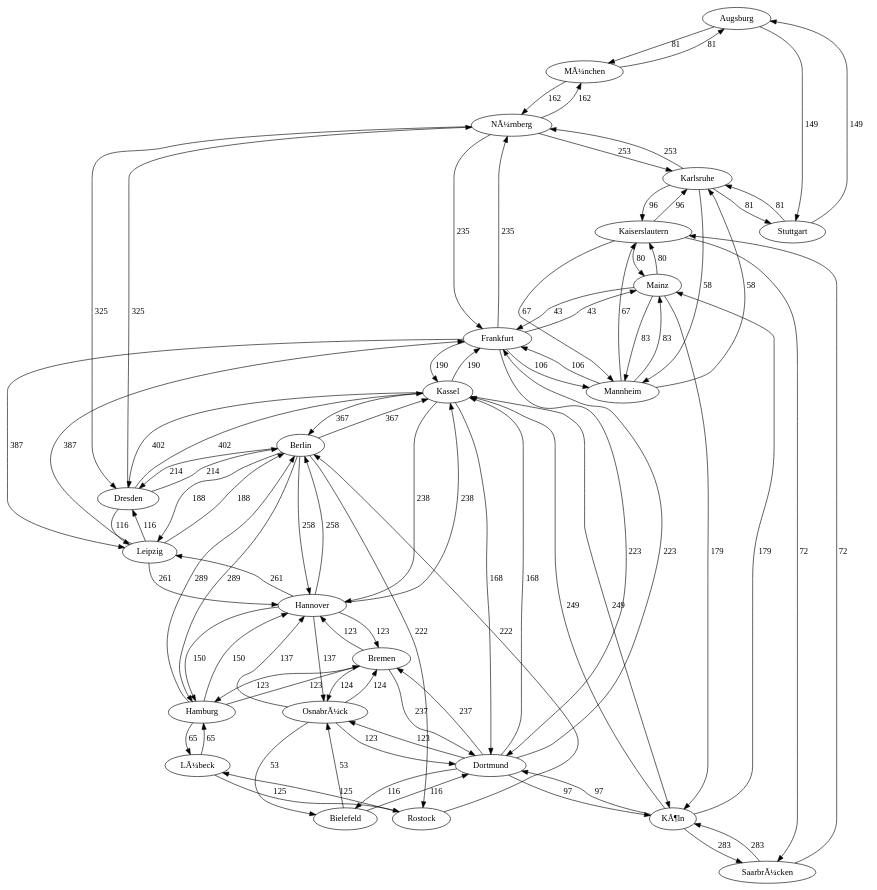
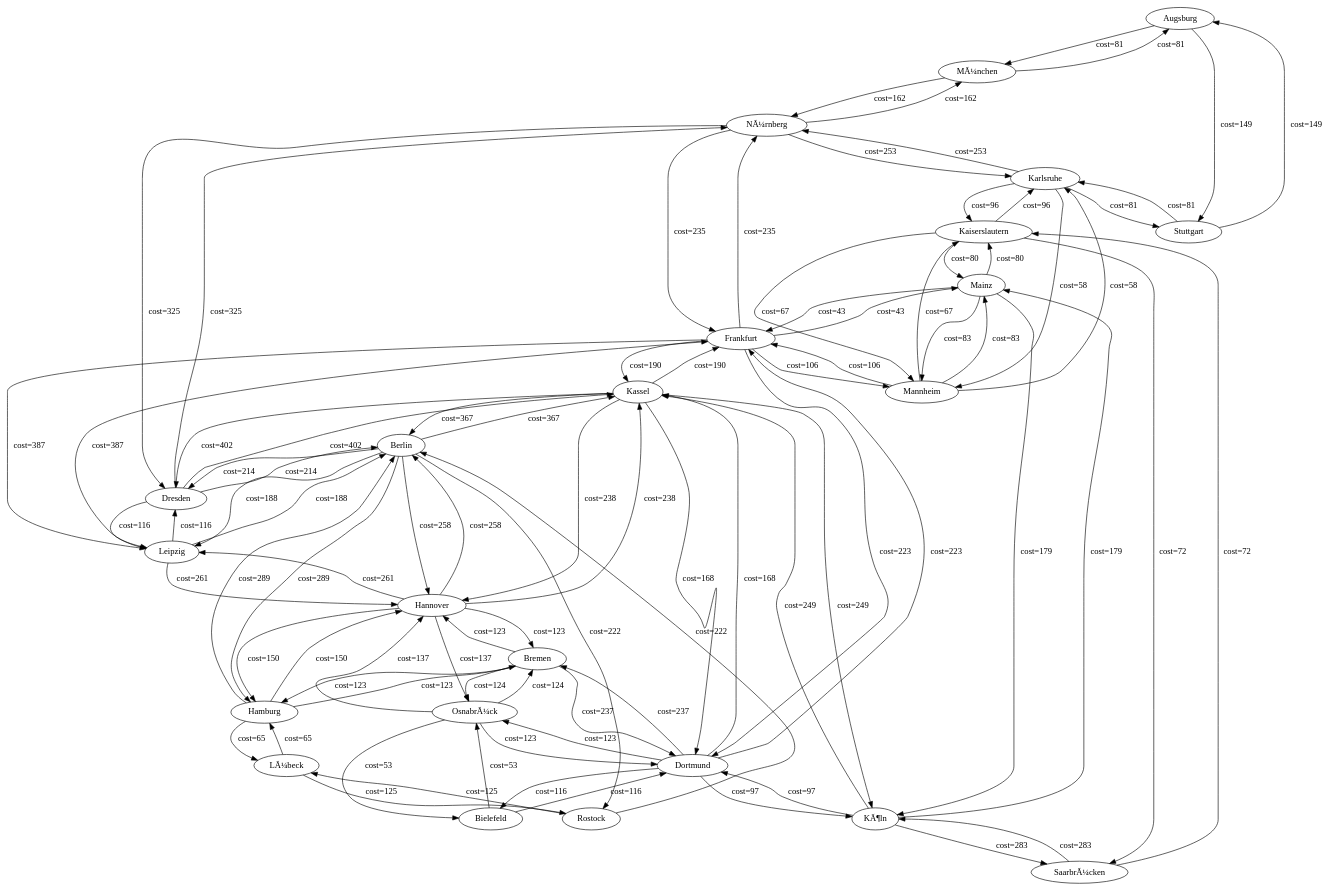
Before and after one commit to MaxPower9001/B-AI3GKAP: the diagram in io/graph_02.dot, drawn with Graphviz. The commit also changed 20 other files, not shown here.

```diff
--- a/io/graph_02.dot
+++ b/io/graph_02.dot
@@ -1,114 +1,114 @@
 digraph graph_02
 {
 Augsburg
 MÃ¼nchen
 Stuttgart
 Berlin
 Dresden
 Hamburg
 Hannover
 Kassel
 Leipzig
 Rostock
 Bielefeld
 Dortmund
 OsnabrÃ¼ck
 Bremen
 Frankfurt
 KÃ¶ln
 NÃ¼rnberg
 Mainz
 Mannheim
 LÃ¼beck
 Kaiserslautern
 Karlsruhe
 SaarbrÃ¼cken
-Augsburg -> MÃ¼nchen [label="81  "]
-Augsburg -> Stuttgart [label="149  "]
-MÃ¼nchen -> Augsburg [label="81  "]
-MÃ¼nchen -> NÃ¼rnberg [label="162  "]
-Stuttgart -> Augsburg [label="149  "]
-Stuttgart -> Karlsruhe [label="81  "]
-Berlin -> Dresden [label="214  "]
-Berlin -> Hamburg [label="289  "]
-Berlin -> Hannover [label="258  "]
-Berlin -> Kassel [label="367  "]
-Berlin -> Leipzig [label="188  "]
-Berlin -> Rostock [label="222  "]
-Dresden -> Berlin [label="214  "]
-Dresden -> Kassel [label="402  "]
-Dresden -> Leipzig [label="116  "]
-Dresden -> NÃ¼rnberg [label="325  "]
-Hamburg -> Berlin [label="289  "]
-Hamburg -> Hannover [label="150  "]
-Hamburg -> Bremen [label="123  "]
-Hamburg -> LÃ¼beck [label="65  "]
-Hannover -> Berlin [label="258  "]
-Hannover -> Hamburg [label="150  "]
-Hannover -> Kassel [label="238  "]
-Hannover -> Leipzig [label="261  "]
-Hannover -> OsnabrÃ¼ck [label="137  "]
-Hannover -> Bremen [label="123  "]
-Kassel -> Berlin [label="367  "]
-Kassel -> Dresden [label="402  "]
-Kassel -> Hannover [label="238  "]
-Kassel -> Dortmund [label="168  "]
-Kassel -> Frankfurt [label="190  "]
-Kassel -> KÃ¶ln [label="249  "]
-Leipzig -> Berlin [label="188  "]
-Leipzig -> Dresden [label="116  "]
-Leipzig -> Hannover [label="261  "]
-Leipzig -> Frankfurt [label="387  "]
-Rostock -> Berlin [label="222  "]
-Rostock -> LÃ¼beck [label="125  "]
-Bielefeld -> Dortmund [label="116  "]
-Bielefeld -> OsnabrÃ¼ck [label="53  "]
-Dortmund -> Kassel [label="168  "]
-Dortmund -> Bielefeld [label="116  "]
-Dortmund -> OsnabrÃ¼ck [label="123  "]
-Dortmund -> Bremen [label="237  "]
-Dortmund -> Frankfurt [label="223  "]
-Dortmund -> KÃ¶ln [label="97  "]
-OsnabrÃ¼ck -> Hannover [label="137  "]
-OsnabrÃ¼ck -> Bielefeld [label="53  "]
-OsnabrÃ¼ck -> Dortmund [label="123  "]
-OsnabrÃ¼ck -> Bremen [label="124  "]
-Bremen -> Hamburg [label="123  "]
-Bremen -> Hannover [label="123  "]
-Bremen -> Dortmund [label="237  "]
-Bremen -> OsnabrÃ¼ck [label="124  "]
-Frankfurt -> Kassel [label="190  "]
-Frankfurt -> Leipzig [label="387  "]
-Frankfurt -> Dortmund [label="223  "]
-Frankfurt -> NÃ¼rnberg [label="235  "]
-Frankfurt -> Mainz [label="43  "]
-Frankfurt -> Mannheim [label="106  "]
-KÃ¶ln -> Kassel [label="249  "]
-KÃ¶ln -> Dortmund [label="97  "]
-KÃ¶ln -> Mainz [label="179  "]
-KÃ¶ln -> SaarbrÃ¼cken [label="283  "]
-NÃ¼rnberg -> MÃ¼nchen [label="162  "]
-NÃ¼rnberg -> Dresden [label="325  "]
-NÃ¼rnberg -> Frankfurt [label="235  "]
-NÃ¼rnberg -> Karlsruhe [label="253  "]
-Mainz -> Frankfurt [label="43  "]
-Mainz -> KÃ¶ln [label="179  "]
-Mainz -> Mannheim [label="83  "]
-Mainz -> Kaiserslautern [label="80  "]
-Mannheim -> Frankfurt [label="106  "]
-Mannheim -> Mainz [label="83  "]
-Mannheim -> Kaiserslautern [label="67  "]
-Mannheim -> Karlsruhe [label="58  "]
-LÃ¼beck -> Hamburg [label="65  "]
-LÃ¼beck -> Rostock [label="125  "]
-Kaiserslautern -> Mainz [label="80  "]
-Kaiserslautern -> Mannheim [label="67  "]
-Kaiserslautern -> Karlsruhe [label="96  "]
-Kaiserslautern -> SaarbrÃ¼cken [label="72  "]
-Karlsruhe -> Stuttgart [label="81  "]
-Karlsruhe -> NÃ¼rnberg [label="253  "]
-Karlsruhe -> Mannheim [label="58  "]
-Karlsruhe -> Kaiserslautern [label="96  "]
-SaarbrÃ¼cken -> KÃ¶ln [label="283  "]
-SaarbrÃ¼cken -> Kaiserslautern [label="72  "]
+Augsburg -> MÃ¼nchen [label="cost=81  "]
+Augsburg -> Stuttgart [label="cost=149  "]
+MÃ¼nchen -> Augsburg [label="cost=81  "]
+MÃ¼nchen -> NÃ¼rnberg [label="cost=162  "]
+Stuttgart -> Augsburg [label="cost=149  "]
+Stuttgart -> Karlsruhe [label="cost=81  "]
+Berlin -> Dresden [label="cost=214  "]
+Berlin -> Hamburg [label="cost=289  "]
+Berlin -> Hannover [label="cost=258  "]
+Berlin -> Kassel [label="cost=367  "]
+Berlin -> Leipzig [label="cost=188  "]
+Berlin -> Rostock [label="cost=222  "]
+Dresden -> Berlin [label="cost=214  "]
+Dresden -> Kassel [label="cost=402  "]
+Dresden -> Leipzig [label="cost=116  "]
+Dresden -> NÃ¼rnberg [label="cost=325  "]
+Hamburg -> Berlin [label="cost=289  "]
+Hamburg -> Hannover [label="cost=150  "]
+Hamburg -> Bremen [label="cost=123  "]
+Hamburg -> LÃ¼beck [label="cost=65  "]
+Hannover -> Berlin [label="cost=258  "]
+Hannover -> Hamburg [label="cost=150  "]
+Hannover -> Kassel [label="cost=238  "]
+Hannover -> Leipzig [label="cost=261  "]
+Hannover -> OsnabrÃ¼ck [label="cost=137  "]
+Hannover -> Bremen [label="cost=123  "]
+Kassel -> Berlin [label="cost=367  "]
+Kassel -> Dresden [label="cost=402  "]
+Kassel -> Hannover [label="cost=238  "]
+Kassel -> Dortmund [label="cost=168  "]
+Kassel -> Frankfurt [label="cost=190  "]
+Kassel -> KÃ¶ln [label="cost=249  "]
+Leipzig -> Berlin [label="cost=188  "]
+Leipzig -> Dresden [label="cost=116  "]
+Leipzig -> Hannover [label="cost=261  "]
+Leipzig -> Frankfurt [label="cost=387  "]
+Rostock -> Berlin [label="cost=222  "]
+Rostock -> LÃ¼beck [label="cost=125  "]
+Bielefeld -> Dortmund [label="cost=116  "]
+Bielefeld -> OsnabrÃ¼ck [label="cost=53  "]
+Dortmund -> Kassel [label="cost=168  "]
+Dortmund -> Bielefeld [label="cost=116  "]
+Dortmund -> OsnabrÃ¼ck [label="cost=123  "]
+Dortmund -> Bremen [label="cost=237  "]
+Dortmund -> Frankfurt [label="cost=223  "]
+Dortmund -> KÃ¶ln [label="cost=97  "]
+OsnabrÃ¼ck -> Hannover [label="cost=137  "]
+OsnabrÃ¼ck -> Bielefeld [label="cost=53  "]
+OsnabrÃ¼ck -> Dortmund [label="cost=123  "]
+OsnabrÃ¼ck -> Bremen [label="cost=124  "]
+Bremen -> Hamburg [label="cost=123  "]
+Bremen -> Hannover [label="cost=123  "]
+Bremen -> Dortmund [label="cost=237  "]
+Bremen -> OsnabrÃ¼ck [label="cost=124  "]
+Frankfurt -> Kassel [label="cost=190  "]
+Frankfurt -> Leipzig [label="cost=387  "]
+Frankfurt -> Dortmund [label="cost=223  "]
+Frankfurt -> NÃ¼rnberg [label="cost=235  "]
+Frankfurt -> Mainz [label="cost=43  "]
+Frankfurt -> Mannheim [label="cost=106  "]
+KÃ¶ln -> Kassel [label="cost=249  "]
+KÃ¶ln -> Dortmund [label="cost=97  "]
+KÃ¶ln -> Mainz [label="cost=179  "]
+KÃ¶ln -> SaarbrÃ¼cken [label="cost=283  "]
+NÃ¼rnberg -> MÃ¼nchen [label="cost=162  "]
+NÃ¼rnberg -> Dresden [label="cost=325  "]
+NÃ¼rnberg -> Frankfurt [label="cost=235  "]
+NÃ¼rnberg -> Karlsruhe [label="cost=253  "]
+Mainz -> Frankfurt [label="cost=43  "]
+Mainz -> KÃ¶ln [label="cost=179  "]
+Mainz -> Mannheim [label="cost=83  "]
+Mainz -> Kaiserslautern [label="cost=80  "]
+Mannheim -> Frankfurt [label="cost=106  "]
+Mannheim -> Mainz [label="cost=83  "]
+Mannheim -> Kaiserslautern [label="cost=67  "]
+Mannheim -> Karlsruhe [label="cost=58  "]
+LÃ¼beck -> Hamburg [label="cost=65  "]
+LÃ¼beck -> Rostock [label="cost=125  "]
+Kaiserslautern -> Mainz [label="cost=80  "]
+Kaiserslautern -> Mannheim [label="cost=67  "]
+Kaiserslautern -> Karlsruhe [label="cost=96  "]
+Kaiserslautern -> SaarbrÃ¼cken [label="cost=72  "]
+Karlsruhe -> Stuttgart [label="cost=81  "]
+Karlsruhe -> NÃ¼rnberg [label="cost=253  "]
+Karlsruhe -> Mannheim [label="cost=58  "]
+Karlsruhe -> Kaiserslautern [label="cost=96  "]
+SaarbrÃ¼cken -> KÃ¶ln [label="cost=283  "]
+SaarbrÃ¼cken -> Kaiserslautern [label="cost=72  "]
 }
```
